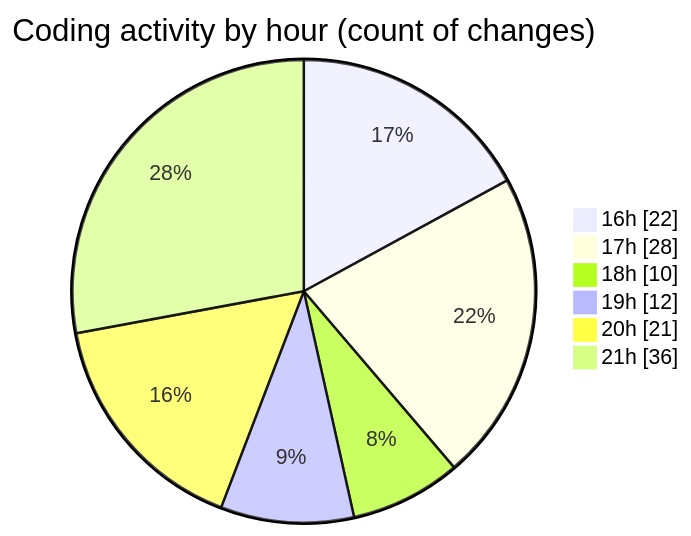
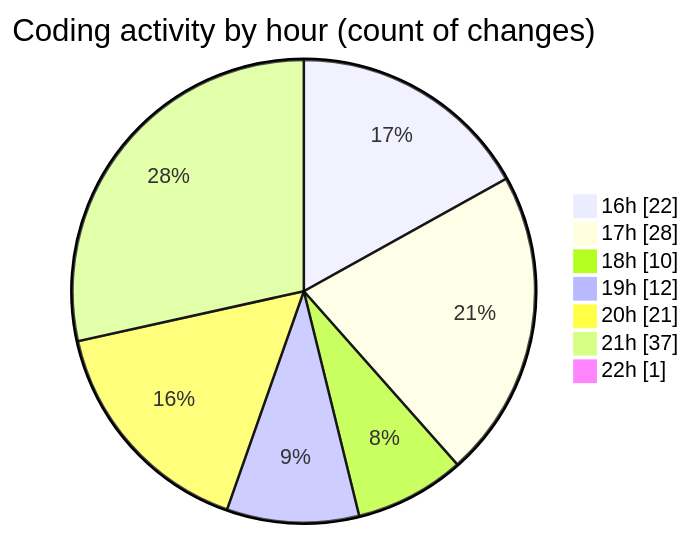
The second of 2 diagrams in 2026-02-17/bot_v1_2/README.md (becaeroporto-bot/code-tracking), drawn with Mermaid before and after one commit. The commit also changed other lines of this file and 1 other file, not shown here.

````diff
--- a/2026-02-17/bot_v1_2/README.md
+++ b/2026-02-17/bot_v1_2/README.md
@@ -54,10 +55,11 @@
 ```mermaid
 pie showData
 title Coding activity by hour (count of changes)
 "16h" : 22
 "17h" : 28
 "18h" : 10
 "19h" : 12
 "20h" : 21
-"21h" : 36
+"21h" : 37
+"22h" : 1
 ```
````
